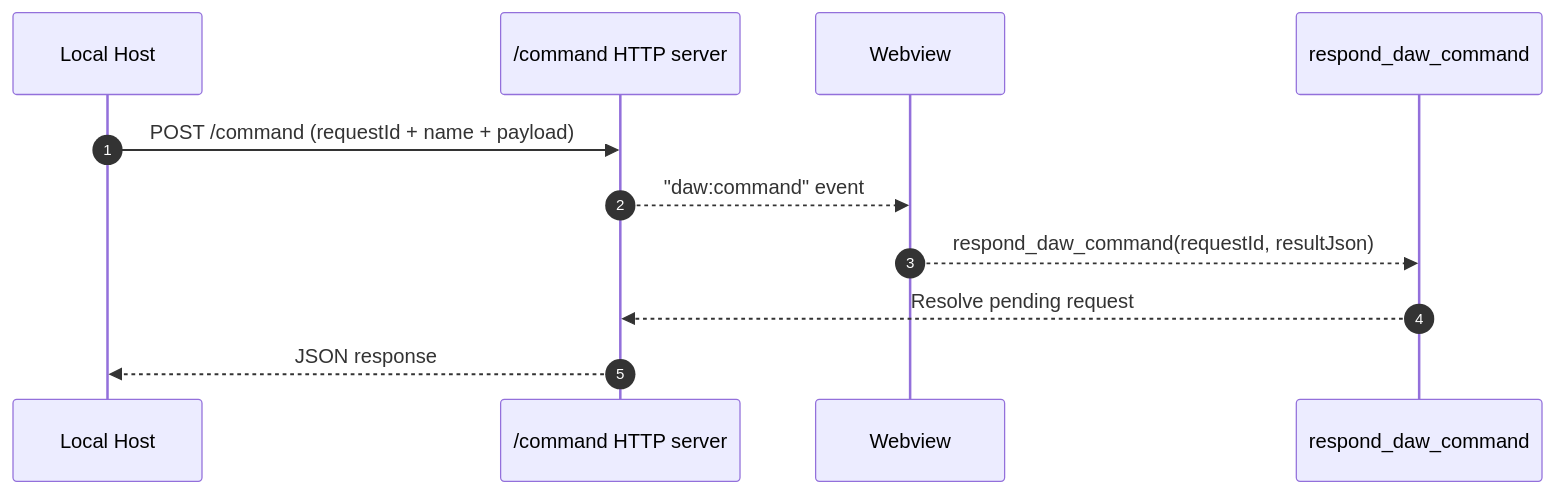
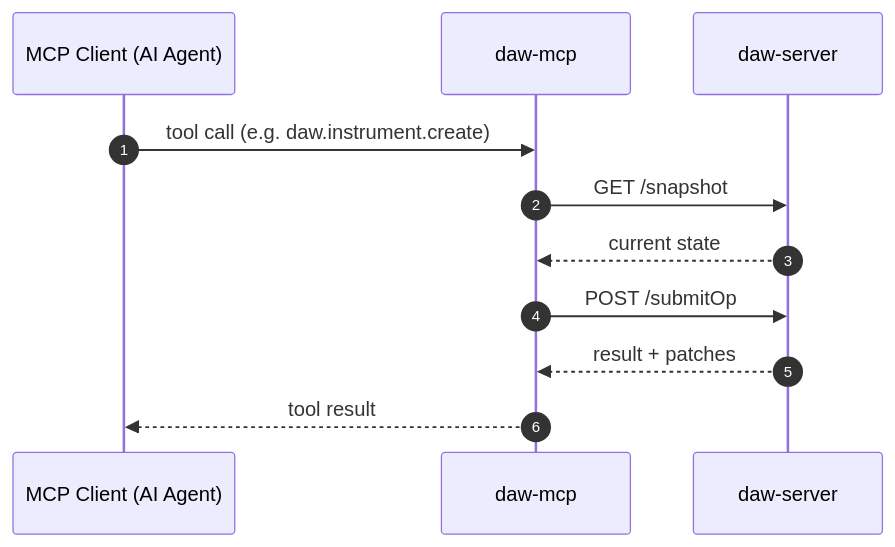
One commit to wking-io/daw changed the second of 3 diagrams in packages/desktop/ARCHITECTURE.md. Above: the diagram before and after it, drawn with Mermaid. The commit also changed other lines of this file and 7 other files, not shown here.

````diff
--- a/packages/desktop/ARCHITECTURE.md
+++ b/packages/desktop/ARCHITECTURE.md
@@ -23,14 +23,14 @@
 ```mermaid
 sequenceDiagram
   autonumber
-  participant Host as Local Host
-  participant IPC as /command HTTP server
-  participant UI as Webview
-  participant Command as respond_daw_command
+  participant Agent as MCP Client (AI Agent)
+  participant MCP as daw-mcp
+  participant State as daw-server
 
-  Host->>IPC: POST /command (requestId + name + payload)
-  IPC-->>UI: "daw:command" event
-  UI-->>Command: respond_daw_command(requestId, resultJson)
-  Command-->>IPC: Resolve pending request
-  IPC-->>Host: JSON response
+  Agent->>MCP: tool call (e.g. daw.instrument.create)
+  MCP->>State: GET /snapshot
+  State-->>MCP: current state
+  MCP->>State: POST /submitOp
+  State-->>MCP: result + patches
+  MCP-->>Agent: tool result
 ```
````
